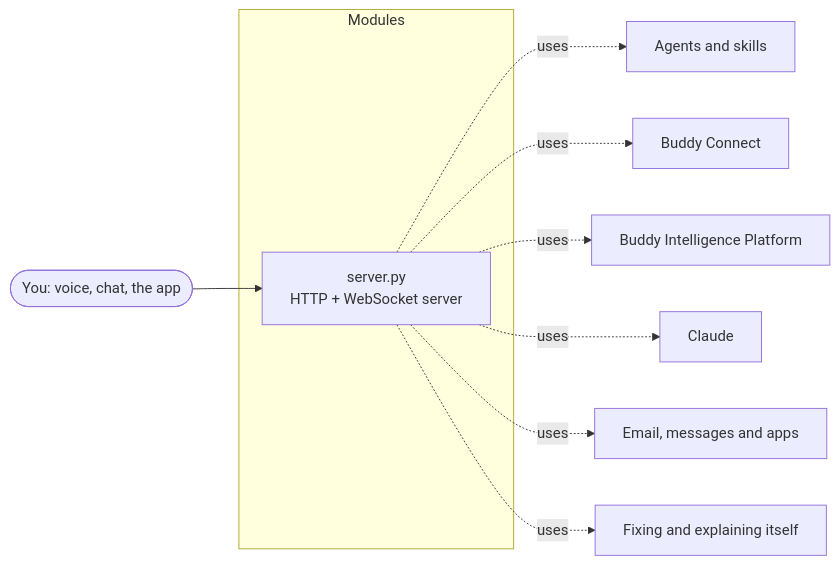
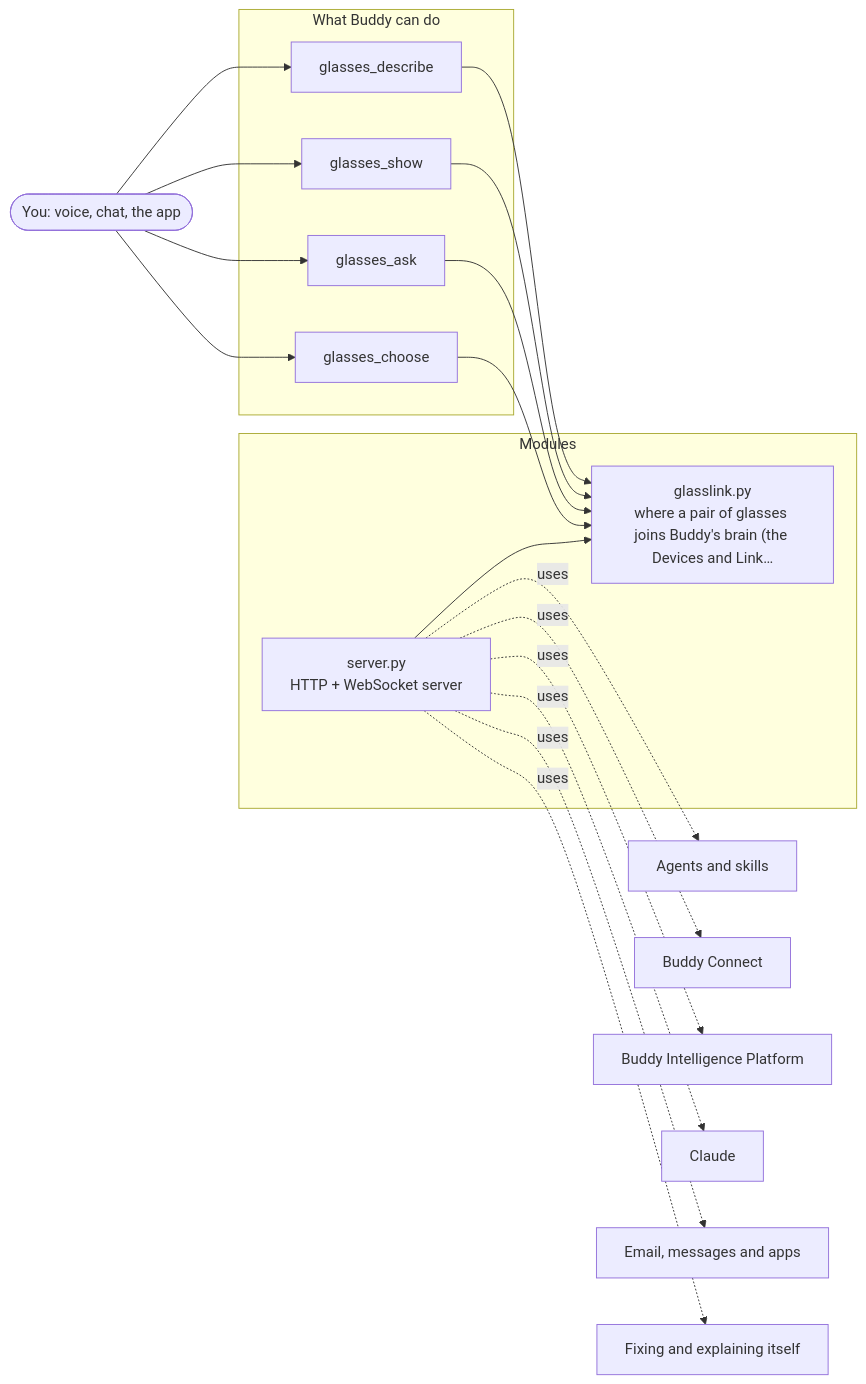
Before and after one commit to aneesh304810/BuddyAgent: the diagram in docs/architecture/24-the-server-and-the-app.md, drawn with Mermaid. The commit also changed other lines of this file and 19 other files, not shown here.

First line of the commit message:
The link: glasses join Buddy's brain (build step 2)

````diff
--- a/docs/architecture/24-the-server-and-the-app.md
+++ b/docs/architecture/24-the-server-and-the-app.md
@@ -7,20 +7,35 @@
 ```mermaid
 flowchart LR
     you(["You: voice, chat, the app"])
+    subgraph Tools["What Buddy can do"]
+        t_glasses_describe["glasses_describe"]
+        t_glasses_show["glasses_show"]
+        t_glasses_ask["glasses_ask"]
+        t_glasses_choose["glasses_choose"]
+    end
     subgraph Modules["Modules"]
         server_py["server.py<br/>HTTP + WebSocket server"]
+        glasslink_py["glasslink.py<br/>where a pair of glasses joins Buddy's brain (the Devices and Link…"]
     end
-    you --> server_py
+    you --> t_glasses_describe
+    t_glasses_describe --> glasslink_py
+    you --> t_glasses_show
+    t_glasses_show --> glasslink_py
+    you --> t_glasses_ask
+    t_glasses_ask --> glasslink_py
+    you --> t_glasses_choose
+    t_glasses_choose --> glasslink_py
+    server_py --> glasslink_py
     o_0["Agents and skills"]
     server_py -. uses .-> o_0
     o_1["Buddy Connect"]
     server_py -. uses .-> o_1
     o_2["Buddy Intelligence Platform"]
     server_py -. uses .-> o_2
     o_3["Claude"]
     server_py -. uses .-> o_3
     o_4["Email, messages and apps"]
     server_py -. uses .-> o_4
     o_5["Fixing and explaining itself"]
     server_py -. uses .-> o_5
 ```
````
